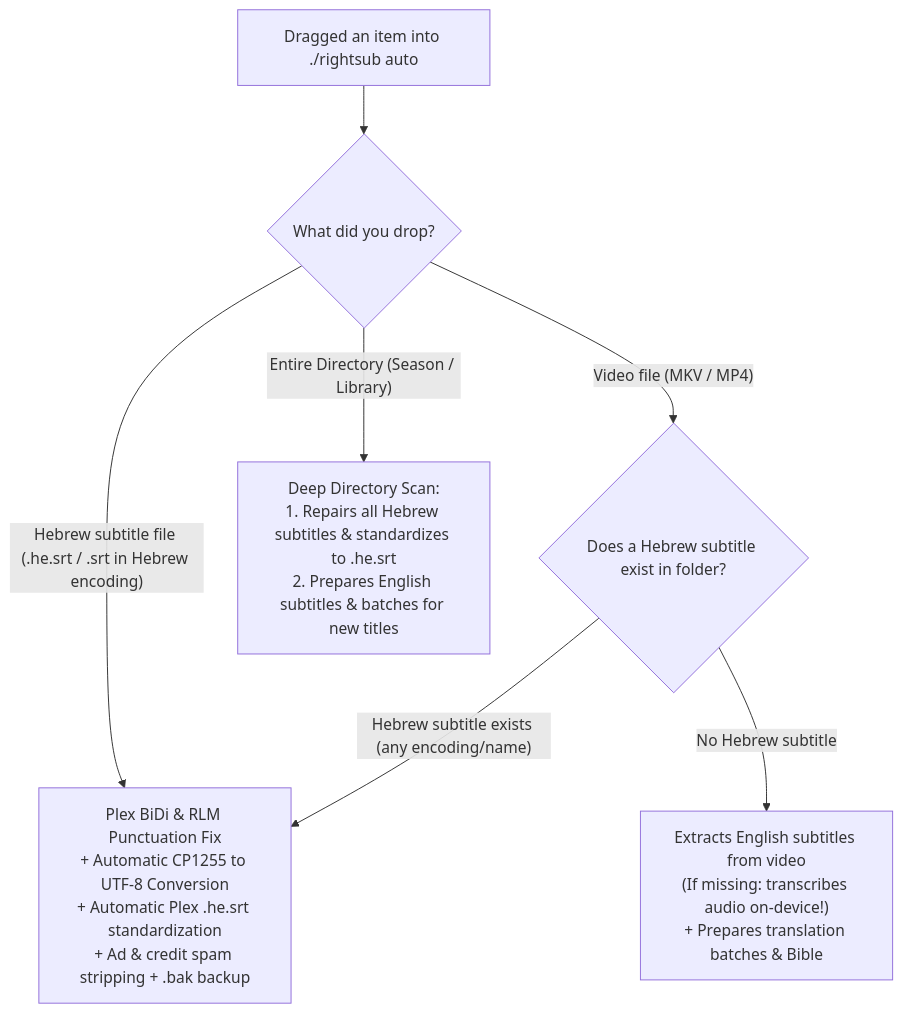
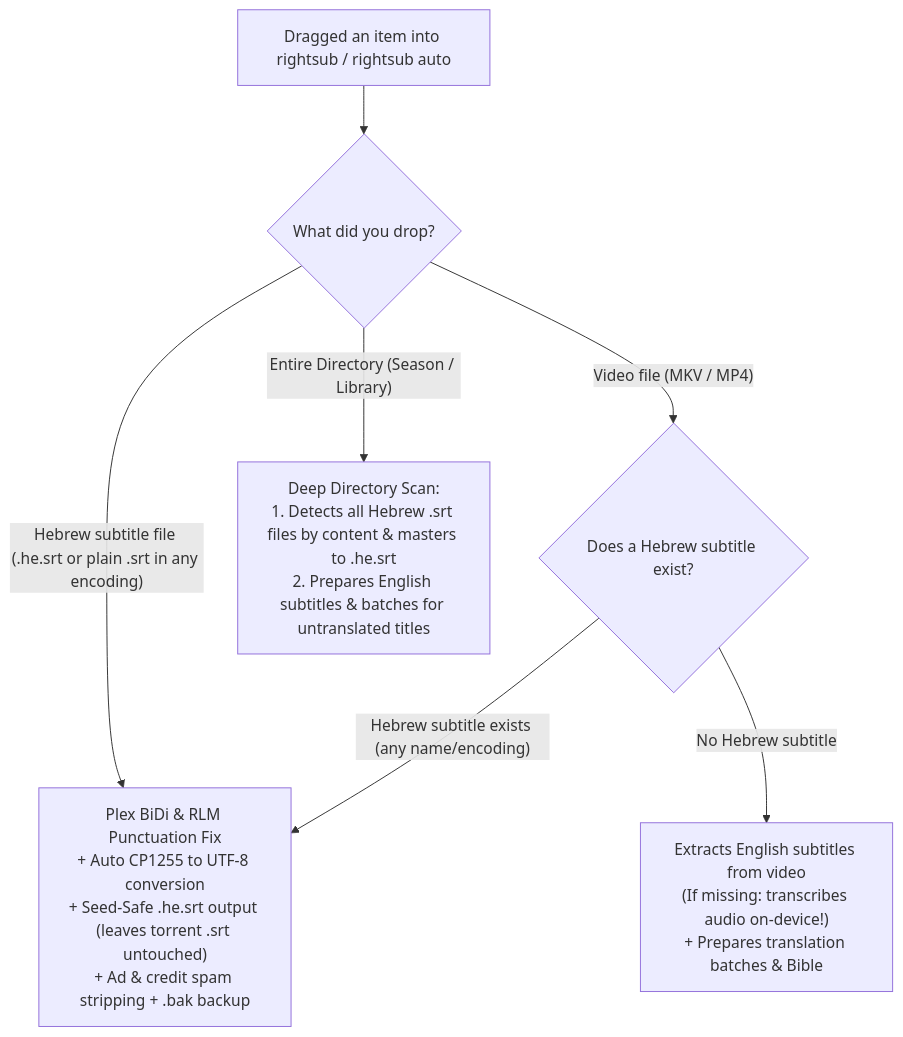
One commit to omerninyo/RightSub changed the diagram in wiki/Quickstart-for-Beginners.md. Above: the diagram before and after it, drawn with Mermaid. The commit also changed other lines of this file and 89 other files, not shown here.

````diff
--- a/wiki/Quickstart-for-Beginners.md
+++ b/wiki/Quickstart-for-Beginners.md
@@ -26,12 +43,12 @@
 ```mermaid
 graph TD
-    Start["Dragged an item into ./rightsub auto"] --> Check{"What did you drop?"}
+    Start["Dragged an item into rightsub / rightsub auto"] --> Check{"What did you drop?"}
     
-    Check -- "Hebrew subtitle file (.he.srt / .srt in Hebrew encoding)" --> Action1["Plex BiDi & RLM Punctuation Fix<br/>+ Automatic CP1255 to UTF-8 Conversion<br/>+ Automatic Plex .he.srt standardization<br/>+ Ad & credit spam stripping + .bak backup"]
+    Check -- "Hebrew subtitle file (.he.srt or plain .srt in any encoding)" --> Action1["Plex BiDi & RLM Punctuation Fix<br/>+ Auto CP1255 to UTF-8 conversion<br/>+ Seed-Safe .he.srt output (leaves torrent .srt untouched)<br/>+ Ad & credit spam stripping + .bak backup"]
     
-    Check -- "Video file (MKV / MP4)" --> VideoCheck{"Does a Hebrew subtitle exist in folder?"}
-    VideoCheck -- "Hebrew subtitle exists (any encoding/name)" --> Action1
+    Check -- "Video file (MKV / MP4)" --> VideoCheck{"Does a Hebrew subtitle exist?"}
+    VideoCheck -- "Hebrew subtitle exists (any name/encoding)" --> Action1
     VideoCheck -- "No Hebrew subtitle" --> Action2["Extracts English subtitles from video<br/>(If missing: transcribes audio on-device!)<br/>+ Prepares translation batches & Bible"]
     
-    Check -- "Entire Directory (Season / Library)" --> Action3["Deep Directory Scan:<br/>1. Repairs all Hebrew subtitles & standardizes to .he.srt<br/>2. Prepares English subtitles & batches for new titles"]
+    Check -- "Entire Directory (Season / Library)" --> Action3["Deep Directory Scan:<br/>1. Detects all Hebrew .srt files by content & masters to .he.srt<br/>2. Prepares English subtitles & batches for untranslated titles"]
 ```
````
